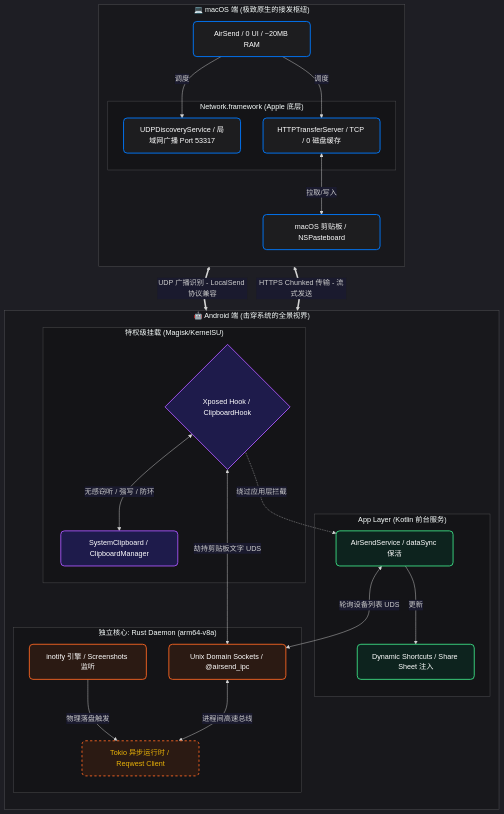
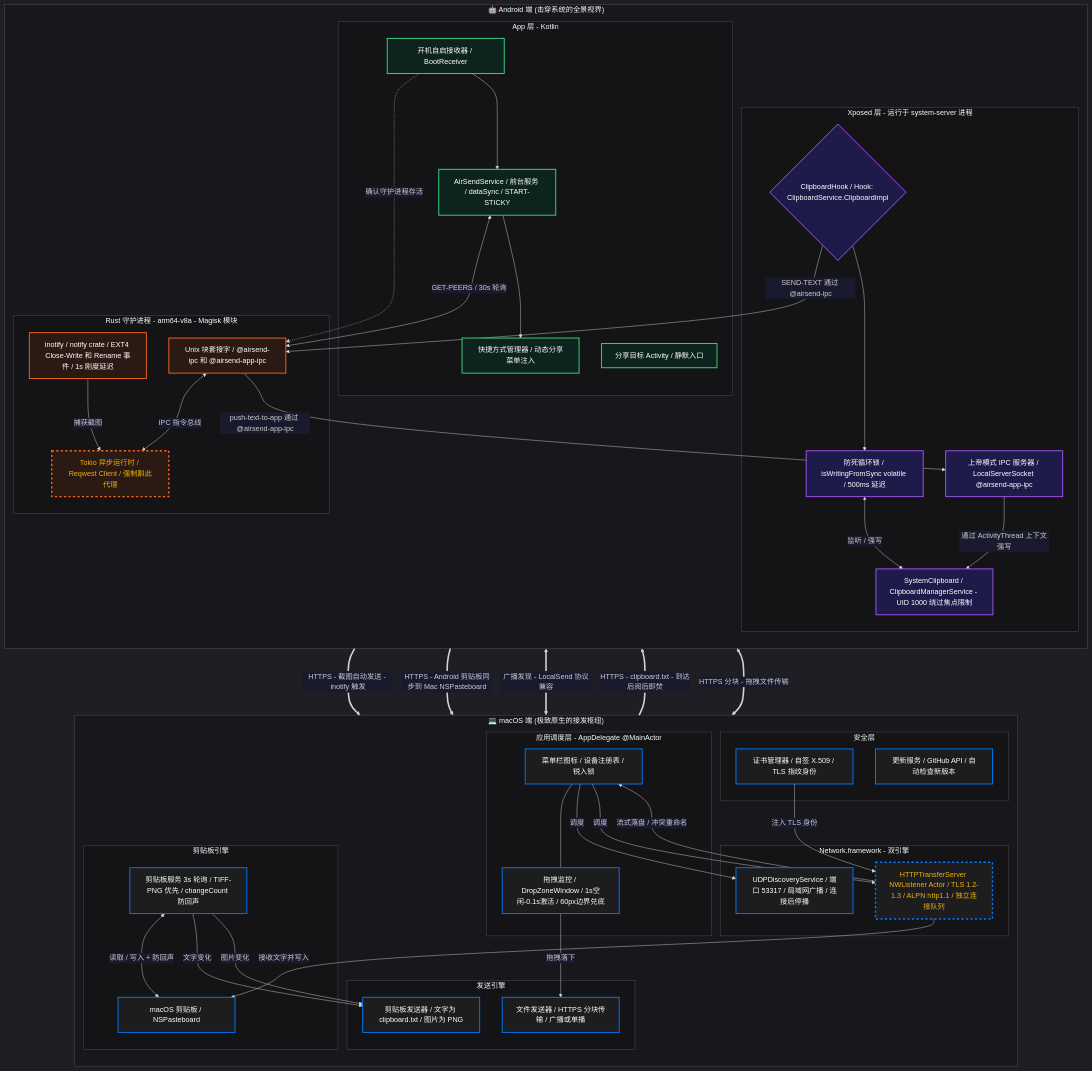
Before and after one commit to Avi7ii/AirSend: the diagram in README.md, drawn with Mermaid. The commit also changed 1 other file, not shown here.

Commit message:
feat: enrich Mermaid arch diagram with full dual-end source code analysis

````diff
--- a/README.md
+++ b/README.md
@@ -60,74 +60,101 @@
 ```mermaid
 %%{init: {'theme': 'dark', 'themeVariables': {'background': 'transparent', 'clusterBkg': '#0d0d0d55', 'edgeLabelBackground': '#1a1a2e'}}}%%
 flowchart TB
-    %% ==========================================
-    %% 全局样式定义 (极客暗黑风格配色参考)
-    %% ==========================================
-    classDef mac_node fill:#1d1d1f,stroke:#007aff,stroke-width:2px,color:#fff,rx:8px,ry:8px
-    classDef android_node fill:#0d231e,stroke:#3ddc84,stroke-width:2px,color:#fff,rx:8px,ry:8px
-    classDef daemon_node fill:#2b1a13,stroke:#f86523,stroke-width:2px,color:#fff,rx:8px,ry:8px
-    classDef magic_node fill:#1e1b4b,stroke:#a855f7,stroke-width:2px,color:#fff,rx:8px,ry:8px
-    classDef protocol_line color:#eab308,stroke-width:2px,stroke-dasharray: 5 5
+    classDef mac_node fill:#1d1d1f,stroke:#007aff,stroke-width:2px,color:#fff
+    classDef android_node fill:#0d231e,stroke:#3ddc84,stroke-width:2px,color:#fff
+    classDef daemon_node fill:#2b1a13,stroke:#f86523,stroke-width:2px,color:#fff
+    classDef magic_node fill:#1e1b4b,stroke:#a855f7,stroke-width:2px,color:#fff
+    classDef protocol_line color:#eab308,stroke-width:3px,stroke-dasharray: 5 5
 
     %% ==========================================
-    %% 第一部分：macOS 接收端 (The Elegant Core)
+    %% 第一部分：macOS 端
     %% ==========================================
     subgraph macOS_Side ["💻 macOS 端 (极致原生的接发枢纽)"]
         direction TB
-        MainApp["AirSend / 0 UI / ~20MB RAM"]:::mac_node
-        
-        subgraph Mac_Network ["Network.framework (Apple 底层)"]
-            UDP_Disc["UDPDiscoveryService / 局域网广播 Port 53317"]:::mac_node
-            HTTP_Trans["HTTPTransferServer / TCP / 0 磁盘缓存"]:::mac_node
+
+        subgraph Mac_App ["应用调度层 - AppDelegate @MainActor"]
+            AppCore["菜单栏图标 / 设备注册表 / 锐入锁"]:::mac_node
+            DragDetect["拖拽监控 / DropZoneWindow / 1s空闲-0.1s激活 / 60px边界兑底"]:::mac_node
+            AppCore --- DragDetect
         end
-        
-        Mac_Clipboard["macOS 剪贴板 / NSPasteboard"]:::mac_node
 
-        MainApp -->|调度| UDP_Disc
-        MainApp -->|调度| HTTP_Trans
-        HTTP_Trans <-->|拉取/写入| Mac_Clipboard
+        subgraph Mac_Security ["安全层"]
+            CertMgr["证书管理器 / 自签 X.509 / TLS 指纹身份"]:::mac_node
+            UpdateSvc["更新服务 / GitHub API / 自动检查新版本"]:::mac_node
+        end
+
+        subgraph Mac_Network ["Network.framework - 双引擎"]
+            UDP_Disc["UDPDiscoveryService / 端口 53317 / 局域网广播 / 连接后停播"]:::mac_node
+            HTTP_Trans["HTTPTransferServer NWListener Actor / TLS 1.2-1.3 / ALPN http1.1 / 独立连接队列"]:::mac_node
+            CertMgr -->|"注入 TLS 身份"| HTTP_Trans
+        end
+
+        subgraph Mac_Send ["发送引擎"]
+            FileSender["文件发送器 / HTTPS 分块传输 / 广播或单播"]:::mac_node
+            ClipSender["剪贴板发送器 / 文字为 clipboard.txt / 图片为 PNG"]:::mac_node
+        end
+
+        subgraph Mac_Clipboard ["剪贴板引擎"]
+            ClipSvc["剪贴板服务 3s 轮询 / TIFF-PNG 优先 / changeCount 防回声"]:::mac_node
+            Mac_Clip["macOS 剪贴板 / NSPasteboard"]:::mac_node
+            ClipSvc <-->|"读取 / 写入 + 防回声"| Mac_Clip
+        end
+
+        AppCore -->|"调度"| UDP_Disc
+        AppCore -->|"调度"| HTTP_Trans
+        DragDetect -->|"拖拽落下"| FileSender
+        ClipSvc -->|"文字变化"| ClipSender
+        ClipSvc -->|"图片变化"| ClipSender
+        HTTP_Trans -->|"接收文字并写入"| Mac_Clip
+        HTTP_Trans -->|"流式落盘 / 冲突重命名"| AppCore
     end
 
     %% ==========================================
-    %% 第二部分：Android 发送端 (The God-Mode Engine)
+    %% 第二部分：Android 端
     %% ==========================================
     subgraph Android_Side ["🤖 Android 端 (击穿系统的全景视界)"]
         direction TB
-        
-        %% 2.1 Kotlin App 层
-        subgraph App_Layer ["App Layer (Kotlin 前台服务)"]
-            ForegroundSvc["AirSendService / dataSync 保活"]:::android_node
-            ShortcutManager["Dynamic Shortcuts / Share Sheet 注入"]:::android_node
-            ForegroundSvc -->|更新| ShortcutManager
+
+        subgraph App_Layer ["App 层 - Kotlin"]
+            BootRcv["开机自启接收器 / BootReceiver"]:::android_node
+            ForegroundSvc["AirSendService / 前台服务 / dataSync / START-STICKY"]:::android_node
+            ShortcutMgr["快捷方式管理器 / 动态分享菜单注入"]:::android_node
+            ShareTarget["分享目标 Activity / 静默入口"]:::android_node
+            BootRcv --> ForegroundSvc
+            ForegroundSvc --> ShortcutMgr
         end
 
-        %% 2.2 Xposed/LSPosed 层 (核心黑客魔法)
-        subgraph Magisk_Modules ["特权级挂载 (Magisk/KernelSU)"]
-            LSPosedHook{"Xposed Hook / ClipboardHook"}:::magic_node
-            SystemClip["SystemClipboard / ClipboardManager"]:::magic_node
-            LSPosedHook <-->|无感窃听 / 强写 / 防环| SystemClip
-            LSPosedHook -.->|绕过应用层拦截| ForegroundSvc
+        subgraph Magisk_Modules ["Xposed 层 - 运行于 system-server 进程"]
+            LSPosedHook{"ClipboardHook / Hook: ClipboardService.ClipboardImpl"}:::magic_node
+            AntiLoop["防死循环锁 / isWritingFromSync volatile / 500ms 延迟"]:::magic_node
+            GodMode["上帝模式 IPC 服务器 / LocalServerSocket @airsend-app-ipc"]:::magic_node
+            SystemClip["SystemClipboard / ClipboardManagerService - UID 1000 绕过焦点限制"]:::magic_node
+            LSPosedHook --> AntiLoop
+            AntiLoop <-->|"监听 / 强写"| SystemClip
+            GodMode -->|"通过 ActivityThread 上下文强写"| SystemClip
         end
 
-        %% 2.3 Rust Daemon 层 (底层性能怪兽)
-        subgraph Rust_Daemon ["独立核心: Rust Daemon (arm64-v8a)"]
-            inotify["inotify 引擎 / Screenshots 监听"]:::daemon_node
-            TokioCore["Tokio 异步运行时 / Reqwest Client"]:::daemon_node
-            UDSServer["Unix Domain Sockets / @airsend_ipc"]:::daemon_node
-            
-            inotify -->|物理落盘触发| TokioCore
-            UDSServer <-->|进程间高速总线| TokioCore
+        subgraph Rust_Daemon ["Rust 守护进程 - arm64-v8a - Magisk 模块"]
+            inotify["inotify / notify crate / EXT4 Close-Write 和 Rename 事件 / 1s 刚度延迟"]:::daemon_node
+            TokioCore["Tokio 异步运行时 / Reqwest Client / 强制斠此代理"]:::daemon_node
+            UDSServer["Unix 块套接字 / @airsend-ipc 和 @airsend-app-ipc"]:::daemon_node
+            inotify -->|"捕获截图"| TokioCore
+            UDSServer <-->|"IPC 指令总线"| TokioCore
         end
 
-        %% Android 内部的通信连线
-        ForegroundSvc <-->|轮询设备列表 UDS| UDSServer
-        LSPosedHook <-->|劫持剪贴板文字 UDS| UDSServer
+        BootRcv -.->|"确认守护进程存活"| UDSServer
+        ForegroundSvc <-->|"GET-PEERS / 30s 轮询"| UDSServer
+        LSPosedHook -->|"SEND-TEXT 通过 @airsend-ipc"| UDSServer
+        UDSServer -->|"push-text-to-app 通过 @airsend-app-ipc"| GodMode
     end
 
     %% ==========================================
     %% 第三部分：局域网双端跨越
     %% ==========================================
-    UDP_Disc <==>|UDP 广播识别 - LocalSend 协议兼容| TokioCore:::protocol_line
-    HTTP_Trans <==>|HTTPS Chunked 传输 - 流式发送| TokioCore:::protocol_line
+    UDP_Disc <===>|"广播发现 - LocalSend 协议兼容"| TokioCore:::protocol_line
+    TokioCore ==>|"HTTPS - 截图自动发送 - inotify 触发"| HTTP_Trans:::protocol_line
+    ClipSender ==>|"HTTPS - clipboard.txt - 到达后阅后即焚"| TokioCore:::protocol_line
+    TokioCore ==>|"HTTPS - Android 剪贴板同步到 Mac NSPasteboard"| HTTP_Trans:::protocol_line
+    FileSender <==>|"HTTPS 分块 - 拖拽文件传输"| TokioCore:::protocol_line
 
 ```
````
